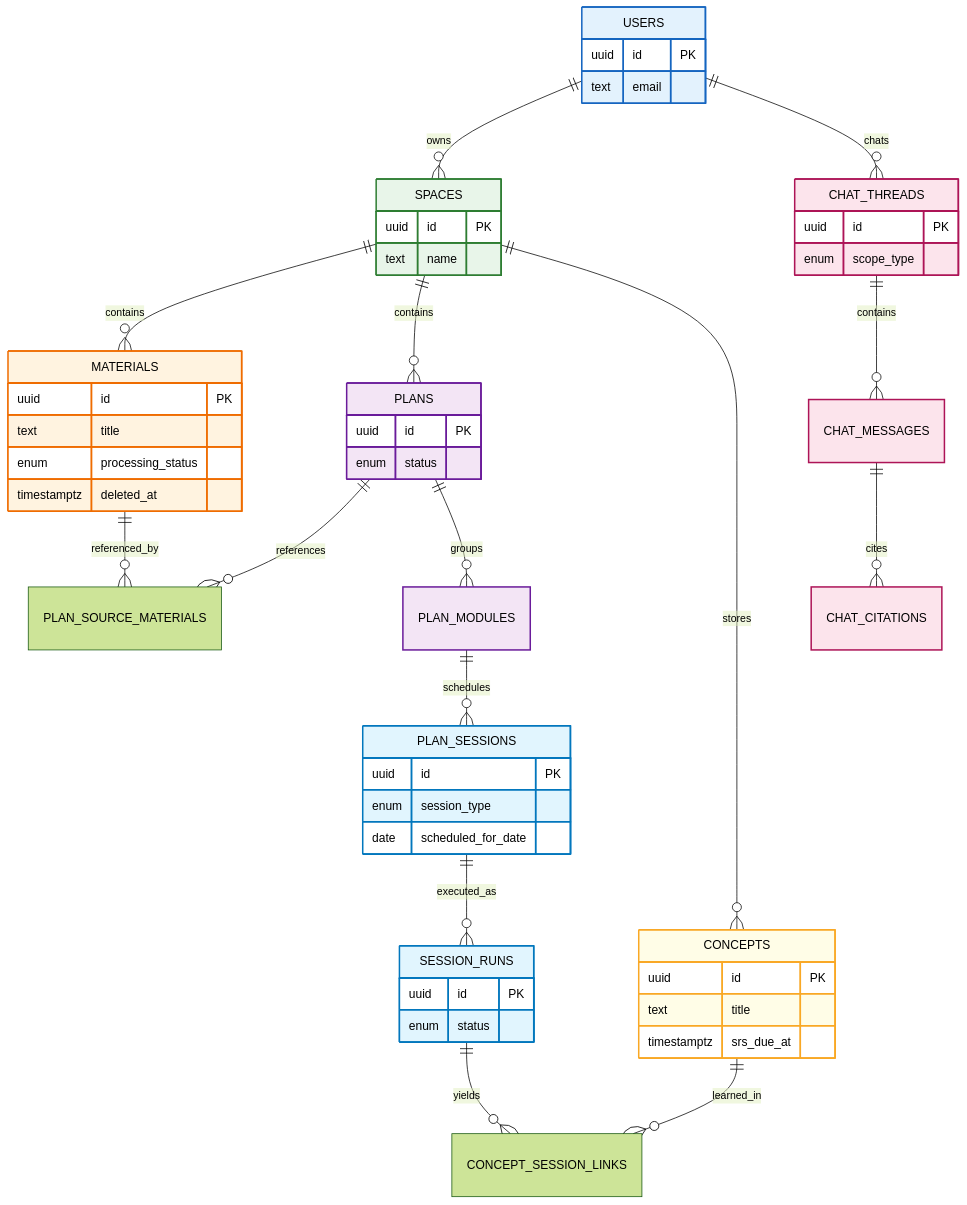
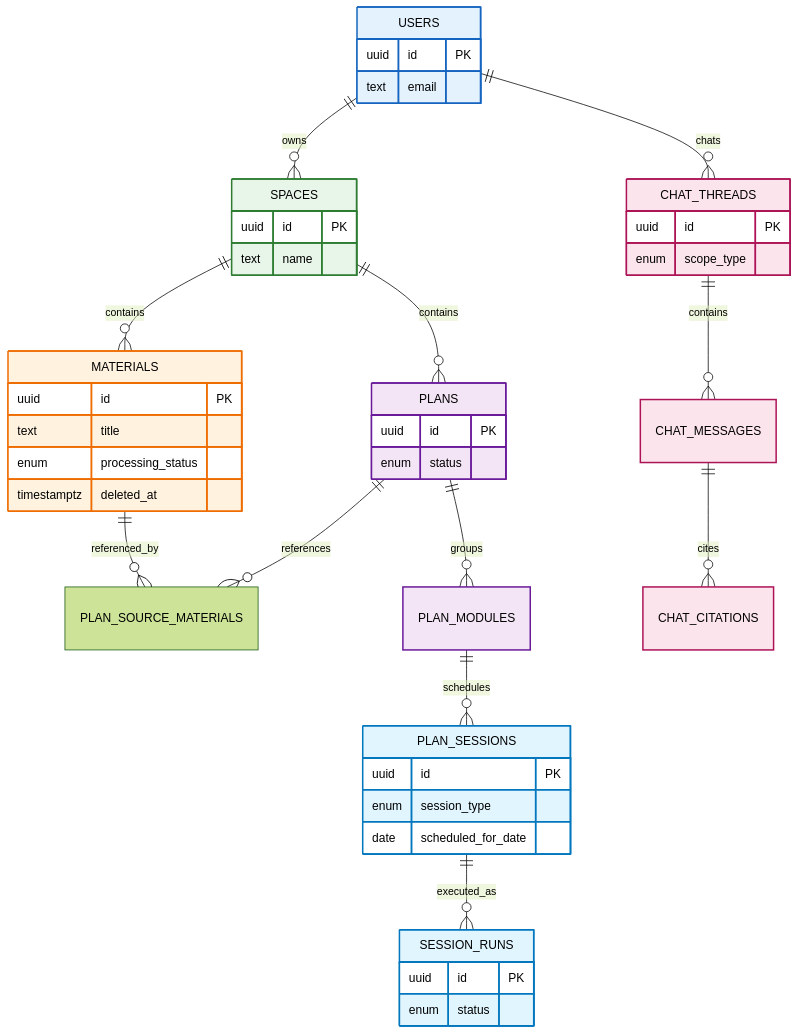
Before and after one commit to qaws7791/turbo-hono-next: the diagram in docs/04-engineering/data-models.md, drawn with Mermaid (forest theme). The commit also changed other lines of this file and 120 other files, not shown here.

```diff
--- a/docs/04-engineering/data-models.md
+++ b/docs/04-engineering/data-models.md
@@ -85,12 +84,6 @@
     enum status
   }
 
-  CONCEPTS {
-    uuid id PK
-    text title
-    timestamptz srs_due_at
-  }
-
   CHAT_THREADS {
     uuid id PK
     enum scope_type
@@ -105,7 +98,6 @@
 
   SPACES ||--o{ MATERIALS : contains
   SPACES ||--o{ PLANS : contains
-  SPACES ||--o{ CONCEPTS : stores
 
   MATERIALS ||--o{ PLAN_SOURCE_MATERIALS : referenced_by
   PLANS ||--o{ PLAN_SOURCE_MATERIALS : references
@@ -114,8 +106,6 @@
   PLAN_MODULES ||--o{ PLAN_SESSIONS : schedules
 
   PLAN_SESSIONS ||--o{ SESSION_RUNS : executed_as
-  SESSION_RUNS ||--o{ CONCEPT_SESSION_LINKS : yields
-  CONCEPTS ||--o{ CONCEPT_SESSION_LINKS : learned_in
 
   CHAT_THREADS ||--o{ CHAT_MESSAGES : contains
   CHAT_MESSAGES ||--o{ CHAT_CITATIONS : cites
@@ -129,7 +119,6 @@
   classDef material fill:#FFF3E0,stroke:#EF6C00,stroke-width:2px
   classDef plan fill:#F3E5F5,stroke:#6A1B9A,stroke-width:2px
   classDef session fill:#E1F5FE,stroke:#0277BD,stroke-width:2px
-  classDef concept fill:#FFFDE7,stroke:#F9A825,stroke-width:2px
   classDef chat fill:#FCE4EC,stroke:#AD1457,stroke-width:2px
 
   class USERS identity
@@ -142,8 +131,6 @@
   class PLAN_SESSIONS session
   class SESSION_RUNS session
 
-  class CONCEPTS concept
-
   class CHAT_THREADS chat
   class CHAT_MESSAGES chat
   class CHAT_CITATIONS chat
```
